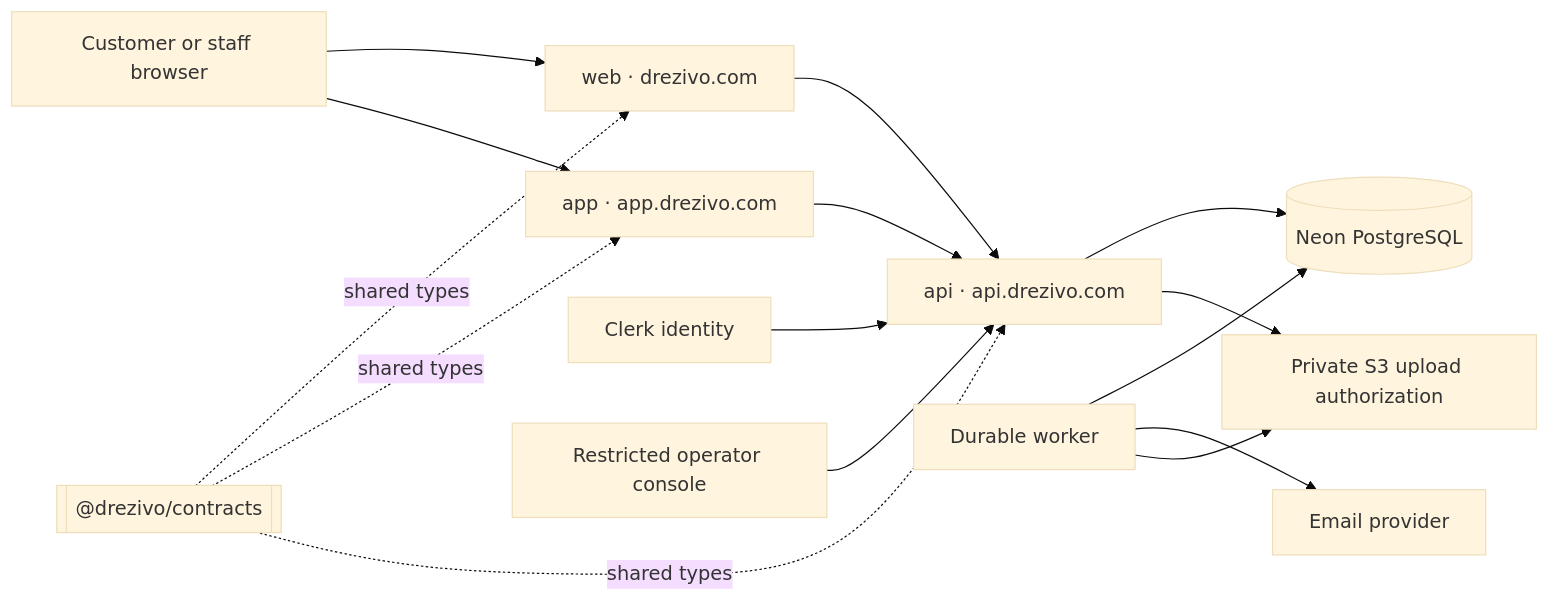
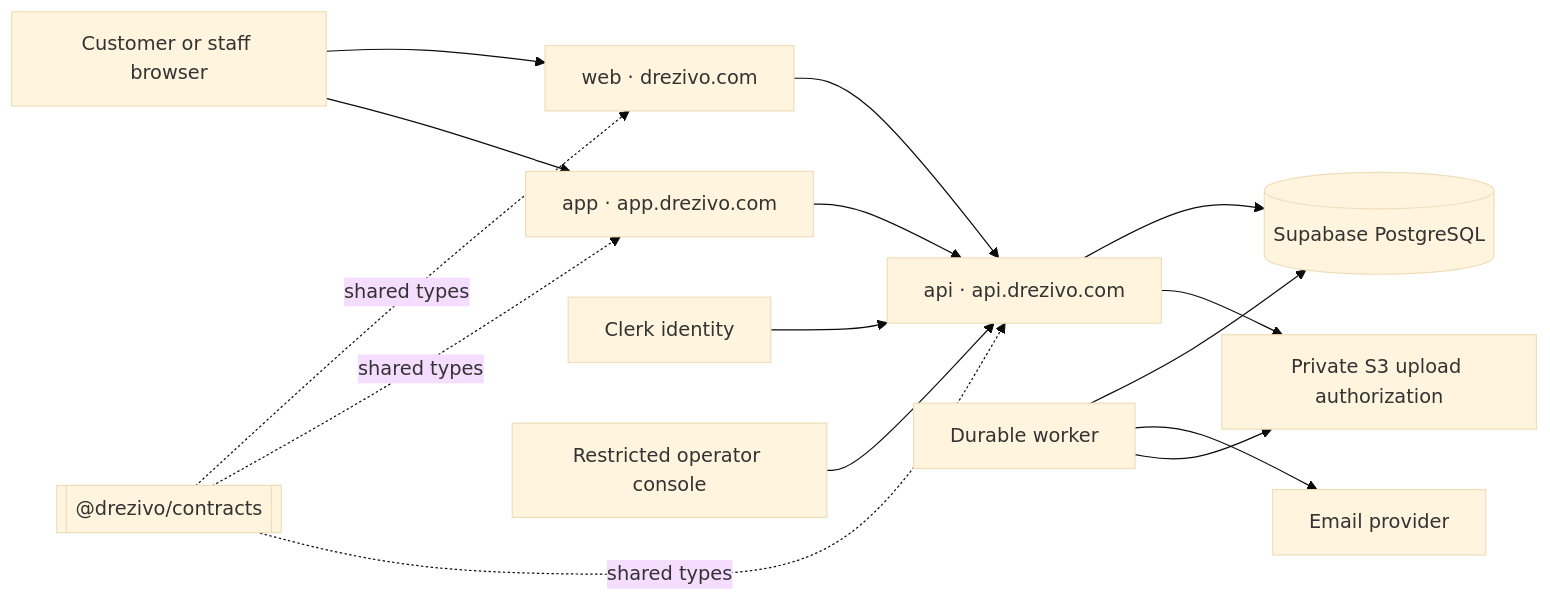
One commit to Drezivo/drezivo changed the diagram in docs/architecture/Drezivo-TRD.md. Above: the diagram before and after it, drawn with Mermaid (base theme). The commit also changed other lines of this file and 33 other files, not shown here.

First line of the commit message:
docs(db): replace Neon guidance with Supabase

````diff
--- a/docs/architecture/Drezivo-TRD.md
+++ b/docs/architecture/Drezivo-TRD.md
@@ -50,17 +52,17 @@
 ```mermaid
 flowchart LR
   U[Customer or staff browser] --> W[web · drezivo.com]
   U --> B[app · app.drezivo.com]
   K[["@drezivo/contracts"]] -.shared types.-> W
   K -.shared types.-> B
   K -.shared types.-> A
   W --> A[api · api.drezivo.com]
   B --> A
   C[Clerk identity] --> A
-  A --> D[(Neon PostgreSQL)]
+  A --> D[(Supabase PostgreSQL)]
   A --> S[Private S3 upload authorization]
   J[Durable worker] --> D
   J --> E[Email provider]
   J --> S
   O[Restricted operator console] --> A
 ```
````
